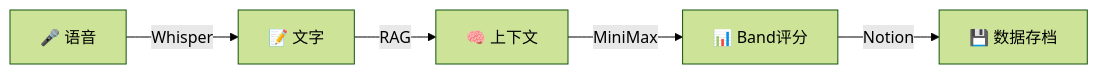
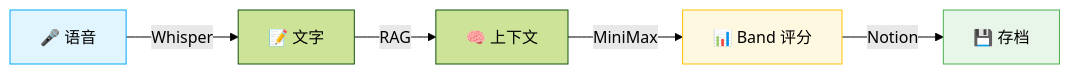
One commit to KaichenCurry/ielts-speaking-ai changed the fifth of 11 diagrams in README.md. Above: the diagram before and after it, drawn with Mermaid (forest theme). The commit also changed other lines of this file and 1 other file, not shown here.

First line of the commit message:
Convert all ASCII diagrams to Mermaid flowcharts

````diff
--- a/README.md
+++ b/README.md
@@ -183,7 +183,11 @@
 ```mermaid
 flowchart LR
     A["🎤 语音"] -->|Whisper| B["📝 文字"]
     B -->|RAG| C["🧠 上下文"]
-    C -->|MiniMax| D["📊 Band评分"]
-    D -->|Notion| E["💾 数据存档"]
+    C -->|MiniMax| D["📊 Band 评分"]
+    D -->|Notion| E["💾 存档"]
+
+    style A fill:#e1f5fe,stroke:#03a9f4
+    style D fill:#fff8e1,stroke:#ffc107
+    style E fill:#e8f5e9,stroke:#4caf50
 ```
````
